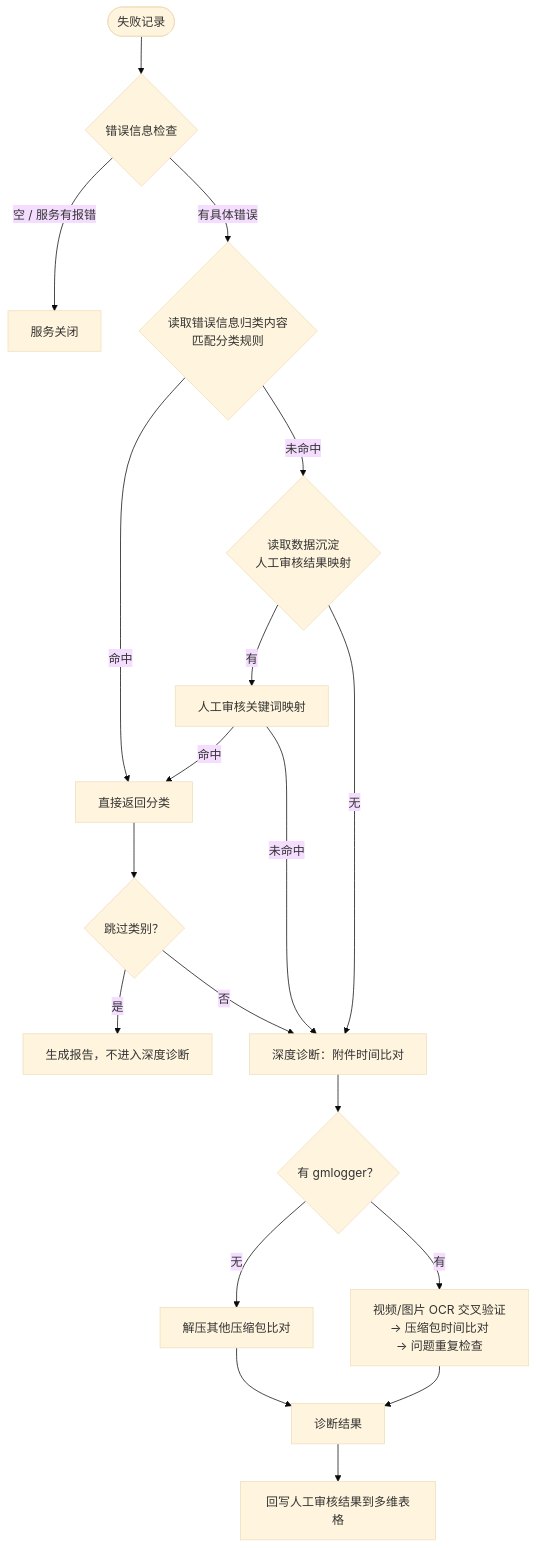
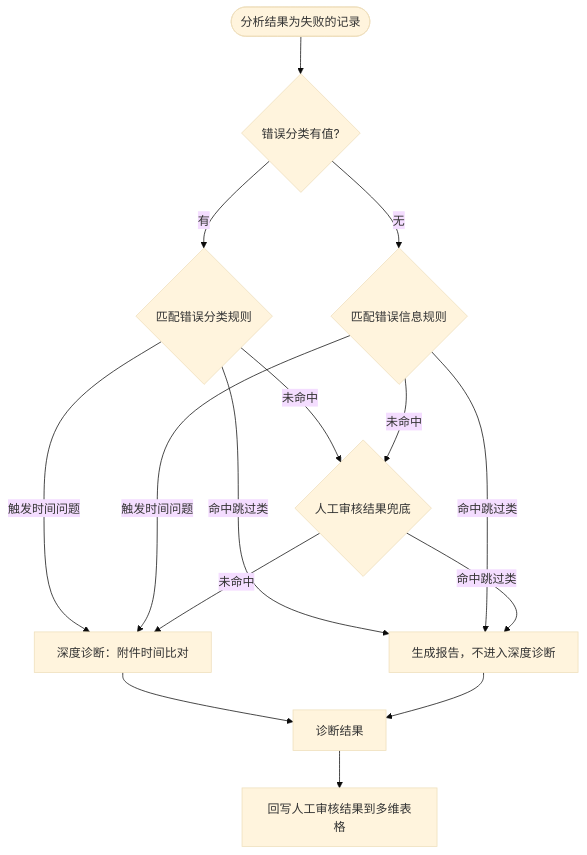
One commit to LuckyBuff2333/program16 changed the diagram in wrongstudy/error_classification_logic.md. Above: the diagram before and after it, drawn with Mermaid (base theme). The commit also changed other lines of this file and 3 other files, not shown here.

````diff
--- a/wrongstudy/error_classification_logic.md
+++ b/wrongstudy/error_classification_logic.md
@@ -13,28 +13,19 @@
 ```mermaid
 flowchart TD
-    Start([失败记录]) --> Step1{错误信息检查}
-    Step1 -->|"空 / 服务有报错"| Close[服务关闭]
-    Step1 -->|"有具体错误"| Step2
+    Start([分析结果为失败的记录]) --> Field{错误分类有值?}
+    Field -->|有| Match{匹配错误分类规则}
+    Field -->|无| Msg{匹配错误信息规则}
 
-    Step2{读取错误信息归类内容<br/>匹配分类规则} -->|命中| Hit[直接返回分类]
-    Step2 -->|未命中| Step3
+    Match -->|命中跳过类| Skip[生成报告，不进入深度诊断]
+    Match -->|触发时间问题| Diag[深度诊断：附件时间比对]
+    Match -->|未命中| Review{人工审核结果兜底}
+    Msg -->|命中跳过类| Skip
+    Msg -->|触发时间问题| Diag
+    Msg -->|未命中| Review
+    Review -->|命中跳过类| Skip
+    Review -->|未命中| Diag
 
-    Step3{读取数据沉淀<br/>人工审核结果映射} -->|有| ReviewMap[人工审核关键词映射]
-    Step3 -->|无| Diag
-
-    ReviewMap -->|命中| Hit
-    ReviewMap -->|未命中| Diag
-
-    Hit --> IsSkip{跳过类别？}
-    IsSkip -->|是| SkipDone[生成报告，不进入深度诊断]
-    IsSkip -->|否| Diag
-
-    Diag[深度诊断：附件时间比对] --> HasGM{有 gmlogger？}
-    HasGM -->|无| Archive[解压其他压缩包比对]
-    HasGM -->|有| OCRVerify[视频/图片 OCR 交叉验证<br/>→ 压缩包时间比对<br/>→ 问题重复检查]
-
-    Archive --> Result[诊断结果]
-    OCRVerify --> Result
-
+    Diag --> Result[诊断结果]
+    Skip --> Result
     Result --> WriteBack[回写人工审核结果到多维表格]
 ```
````
